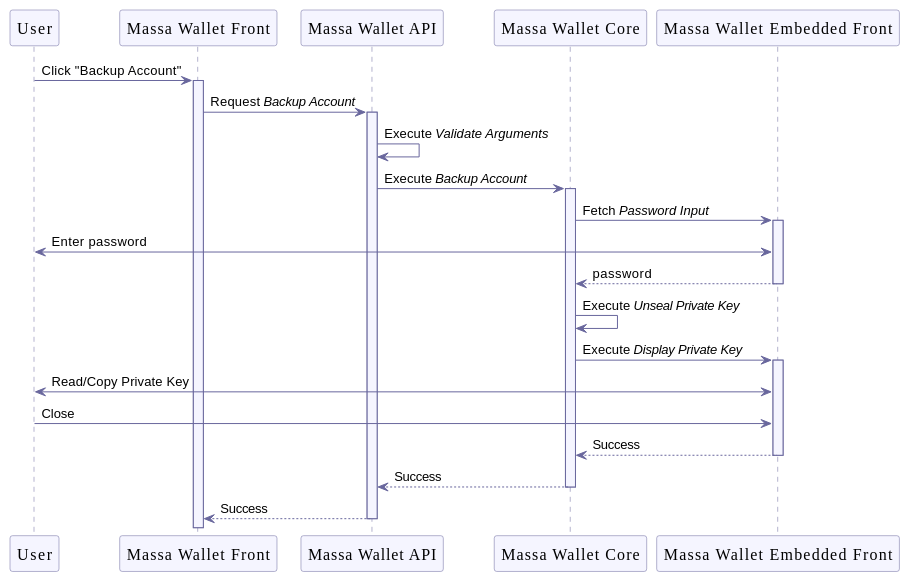
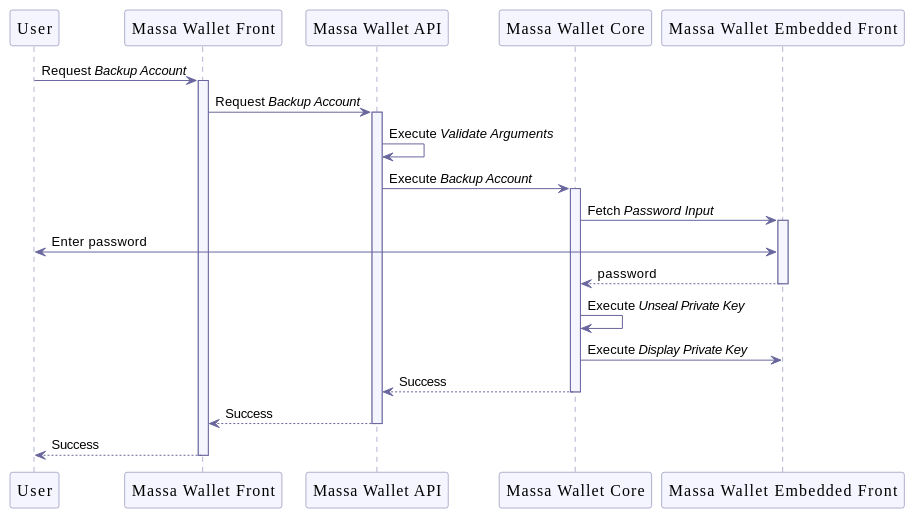
The fourth of 9 diagrams in documentation/wallet.adoc (massalabs/station-massa-wallet), drawn with PlantUML before and after one commit. The commit also changed other lines of this file, not shown here.

Commit message:
simplify sequence diagram and add function

```diff
--- a/documentation/wallet.adoc
+++ b/documentation/wallet.adoc
@@ -326,40 +328,38 @@
 [plantuml, format="svg", id="backup-account", width="100%", role="center-image", options="interactive"]
 ----
 @startuml
 
 skinparam FontName Poppins
 
 skinparam sequence {
     ArrowColor #69679D
     LifeLineBorderColor #69679D
     LifeLineBackgroundColor #F5F5FF
 
     ParticipantBorderColor #69679D
     ParticipantBackgroundColor #F5F5FF
     ParticipantFontName Poppins
     ParticipantFontSize 16
     ParticipantFontColor #000000
 }
 
 participant "User" as user
 participant "Massa Wallet Front" as wallet_front
 participant "Massa Wallet API" as wallet_api
 participant "Massa Wallet Core" as wallet_core
 participant "Massa Wallet Embedded Front" as wallet_embedded_front
 
-user -> wallet_front ++ : Click "Backup Account"
+user -> wallet_front ++ : Request //Backup Account//
     wallet_front -> wallet_api ++: Request //Backup Account//
     wallet_api -> wallet_api: Execute //Validate Arguments//
         wallet_api -> wallet_core ++: Execute //Backup Account//
             wallet_core -> wallet_embedded_front ++: Fetch //Password Input//
             wallet_embedded_front <-> user: Enter password
             return password
         wallet_core -> wallet_core: Execute //Unseal Private Key//
-        wallet_core -> wallet_embedded_front ++: Execute //Display Private Key//
-        wallet_embedded_front <-> user: Read/Copy Private Key
-        user -> wallet_embedded_front: Close
+        wallet_core -> wallet_embedded_front: Execute //Display Private Key//
         return Success
     return Success
 return Success
 @enduml
 ----
```
